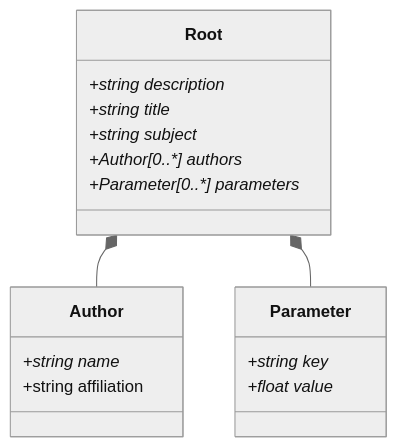
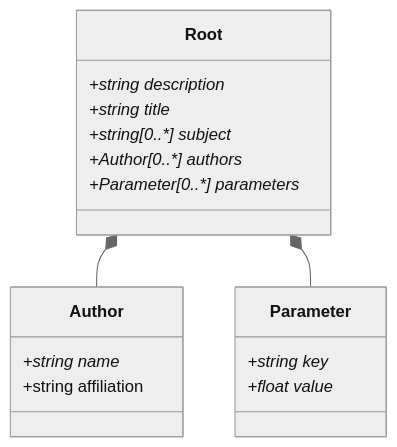
Before and after one commit to FAIRChemistry/EnzymePynetics: the diagram in pyDataset/schemes/Dataset.md, drawn with Mermaid (neutral theme). The commit also changed 2 other files, not shown here.

Commit message:
API update

````diff
--- a/pyDataset/schemes/Dataset.md
+++ b/pyDataset/schemes/Dataset.md
@@ -1,24 +1,24 @@
 ```mermaid
 classDiagram
     Root *-- Author
     Root *-- Parameter
     
     class Root {
         +string description*
         +string title*
-        +string subject*
+        +string[0..*] subject*
         +Author[0..*] authors*
         +Parameter[0..*] parameters*
     }
     
     class Author {
         +string name*
         +string affiliation
     }
     
     class Parameter {
         +string key*
         +float value*
     }
     
 ```
````
